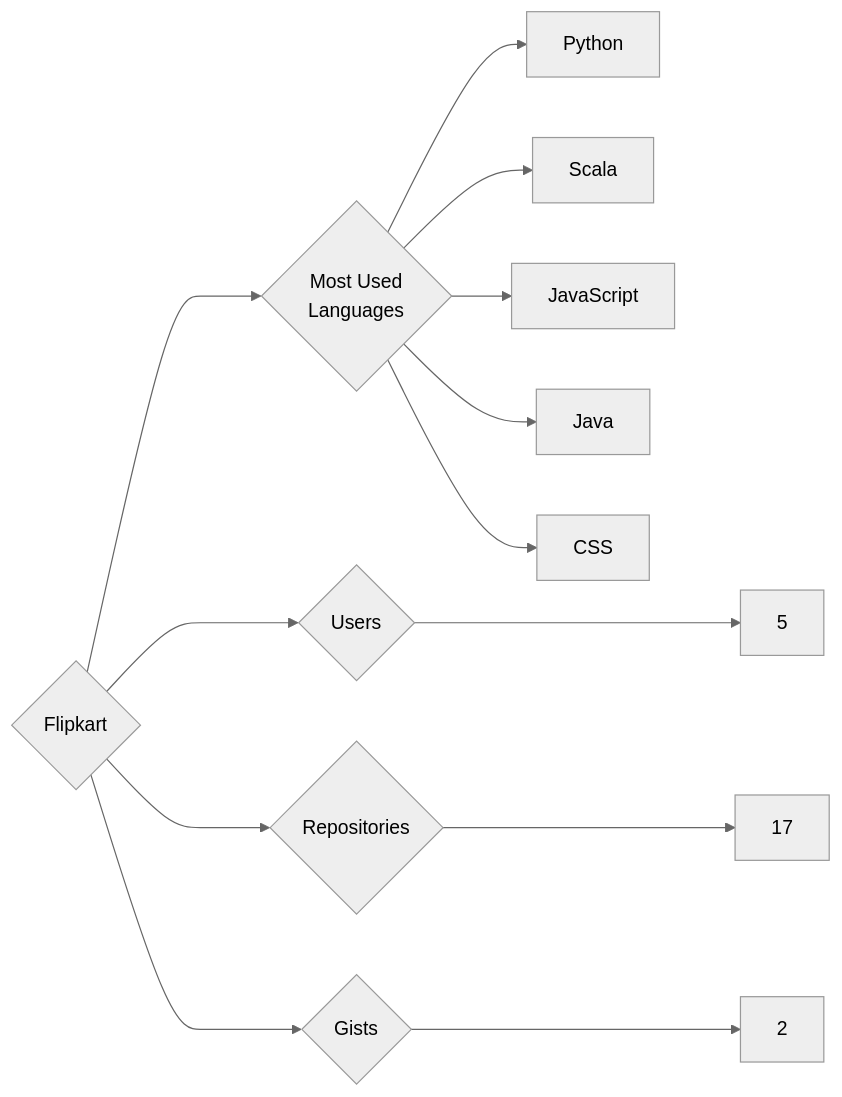
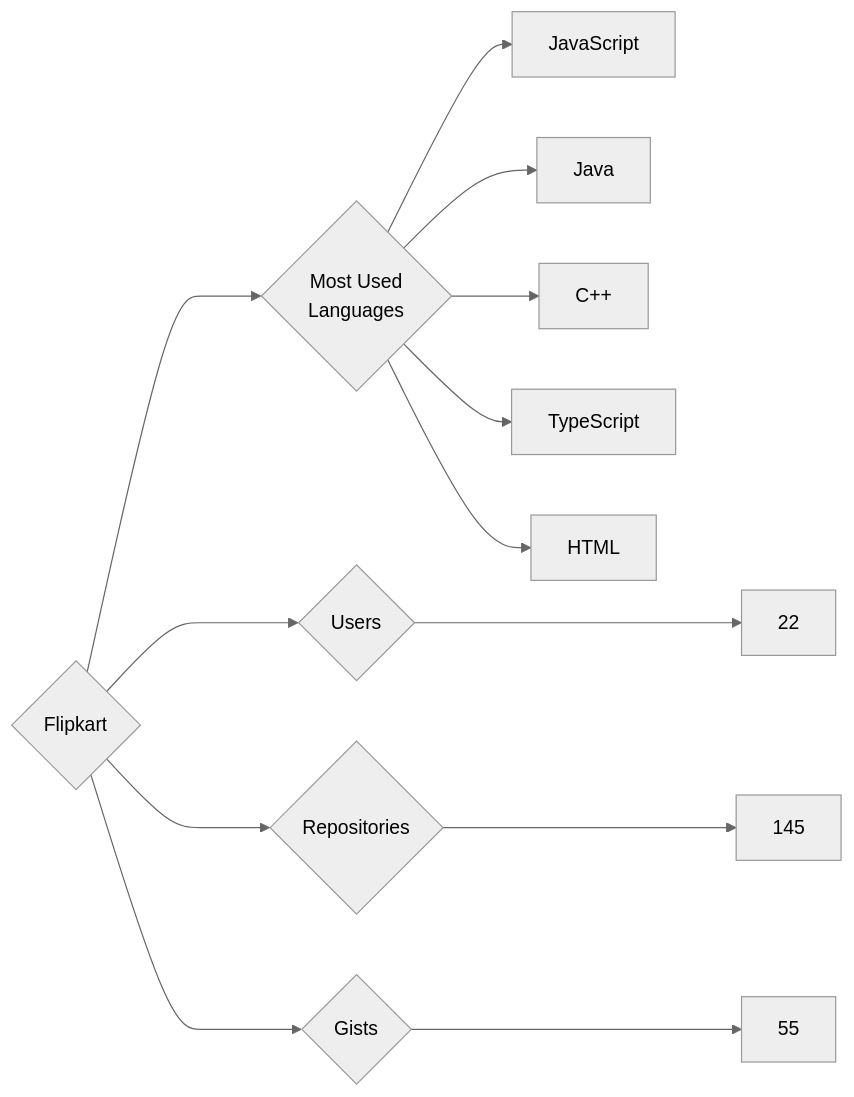
The diagram in targets/Flipkart/README.md (trickest/insiders), drawn with Mermaid (neutral theme) before and after one commit. The commit also changed 912 other files, not shown here.

````diff
--- a/targets/Flipkart/README.md
+++ b/targets/Flipkart/README.md
@@ -3,13 +3,13 @@
 ```mermaid
 graph LR
 COMPANY_NAME{Flipkart}
-COMPANY_NAME ---> U{Users} ---> UN[5]
-COMPANY_NAME ---> R{Repositories} ---> RN[17]
-COMPANY_NAME ---> G{Gists} ---> GN[2]
+COMPANY_NAME ---> U{Users} ---> UN[22]
+COMPANY_NAME ---> R{Repositories} ---> RN[145]
+COMPANY_NAME ---> G{Gists} ---> GN[55]
 COMPANY_NAME ---> ML{Most Used<br>Languages}
-ML --> Python[Python]
-ML --> Scala[Scala]
 ML --> JavaScript[JavaScript]
 ML --> Java[Java]
-ML --> CSS[CSS]
+ML --> C++[C++]
+ML --> TypeScript[TypeScript]
+ML --> HTML[HTML]
 ```
````
